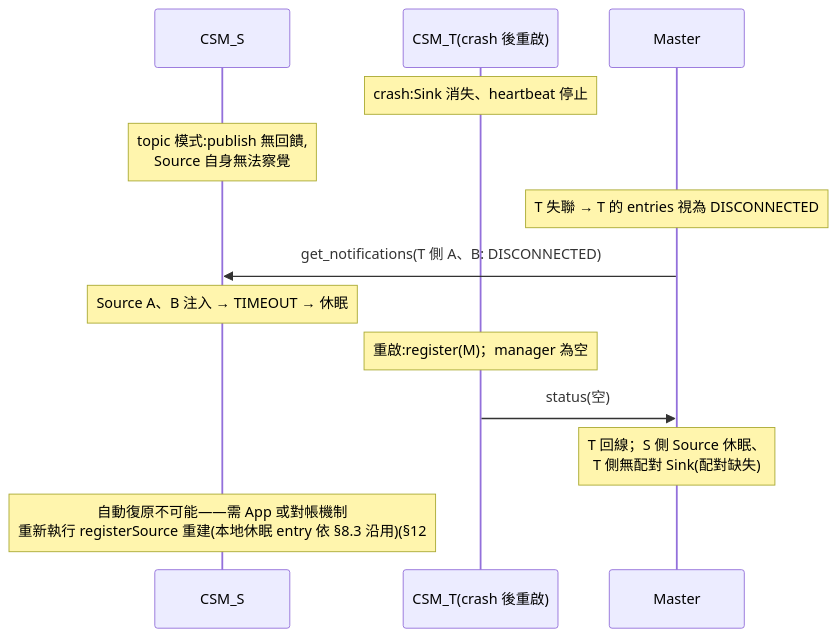
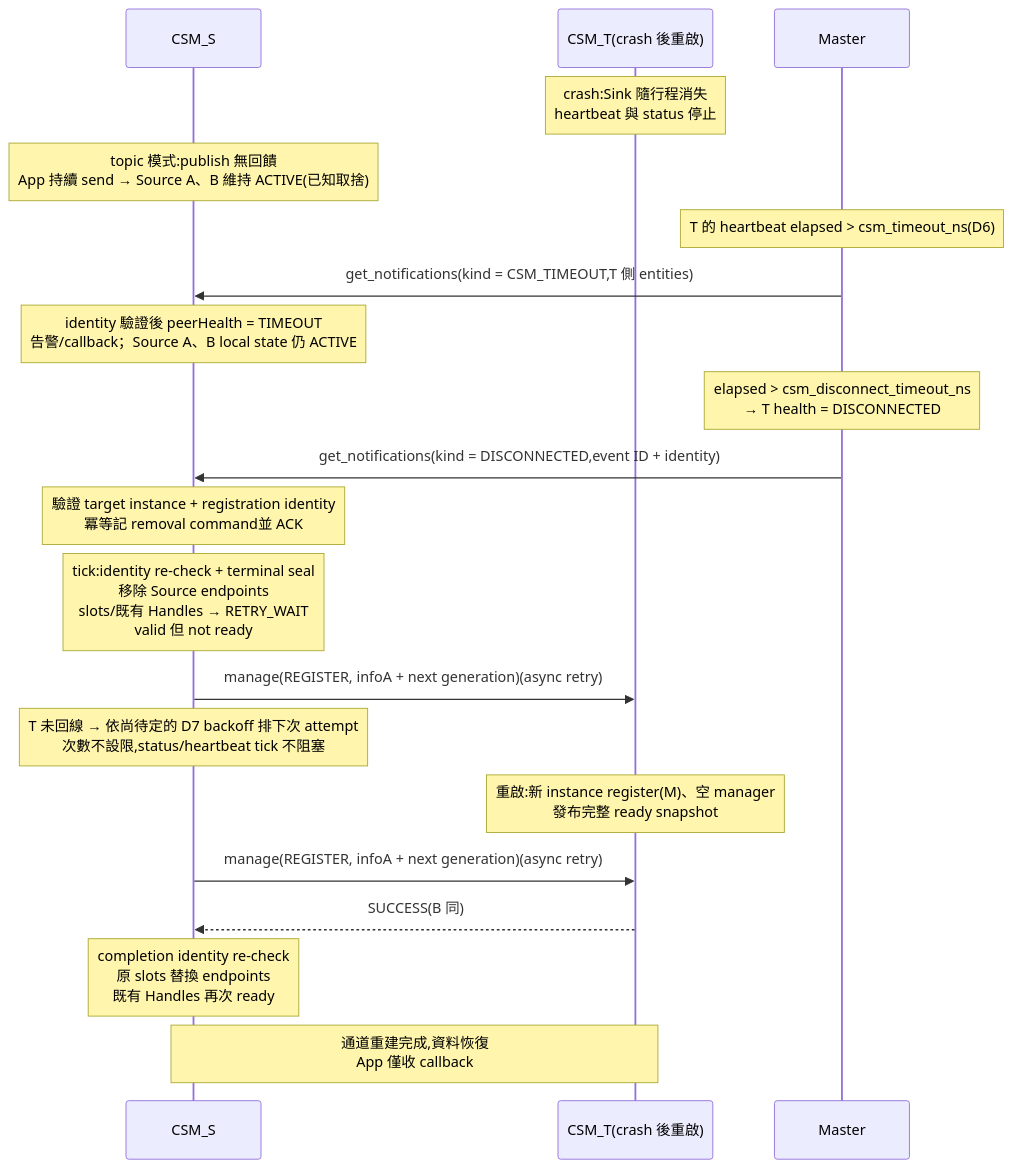
Diagram 11 of 43 in r1_design_draft.md (cocobird231/rv2_project), drawn with Mermaid before and after one commit. The commit also changed other lines of this file and 1 other file, not shown here.

Commit message:
docs: integrate timeout and disconnect design v1.1.0

````diff
--- a/r1_design_draft.md
+++ b/r1_design_draft.md
@@ -1563,17 +2266,25 @@
 ```mermaid
 sequenceDiagram
     participant S as CSM_S
     participant T as CSM_T(crash 後重啟)
     participant M as Master
 
-    Note over T: crash:Sink 消失、heartbeat 停止
-    Note over S: topic 模式:publish 無回饋,<br/>Source 自身無法察覺
-    Note over M: T 失聯 → T 的 entries 視為 DISCONNECTED
-    M->>S: get_notifications(T 側 A、B: DISCONNECTED)
-    Note over S: Source A、B 注入 → TIMEOUT → 休眠
+    Note over T: crash:Sink 隨行程消失<br/>heartbeat 與 status 停止
+    Note over S: topic 模式:publish 無回饋<br/>App 持續 send → Source A、B 維持 ACTIVE(已知取捨)
+    Note over M: T 的 heartbeat elapsed > csm_timeout_ns(D6)
+    M->>S: get_notifications(kind = CSM_TIMEOUT,T 側 entities)
+    Note over S: identity 驗證後 peerHealth = TIMEOUT<br/>告警/callback；Source A、B local state 仍 ACTIVE
 
-    Note over T: 重啟:register(M)；manager 為空
-    T->>M: status(空)
-    Note over M: T 回線；S 側 Source 休眠、<br/>T 側無配對 Sink(配對缺失)
-    Note over S: 自動復原不可能——需 App 或對帳機制<br/>重新執行 registerSource 重建(本地休眠 entry 依 §8.3 沿用)(§12 #3)
+    Note over M: elapsed > csm_disconnect_timeout_ns<br/>→ T health = DISCONNECTED
+    M->>S: get_notifications(kind = DISCONNECTED,event ID + identity)
+    Note over S: 驗證 target instance + registration identity<br/>冪等記 removal command並 ACK
+    Note over S: tick:identity re-check + terminal seal<br/>移除 Source endpoints<br/>slots/既有 Handles → RETRY_WAIT<br/>valid 但 not ready
+
+    S->>T: manage(REGISTER, infoA + next generation)(async retry)
+    Note over S: T 未回線 → 依尚待定的 D7 backoff 排下次 attempt<br/>次數不設限,status/heartbeat tick 不阻塞
+    Note over T: 重啟:新 instance register(M)、空 manager<br/>發布完整 ready snapshot
+    S->>T: manage(REGISTER, infoA + next generation)(async retry)
+    T-->>S: SUCCESS(B 同)
+    Note over S: completion identity re-check<br/>原 slots 替換 endpoints<br/>既有 Handles 再次 ready
+    Note over S,T: 通道重建完成,資料恢復<br/>App 僅收 callback
 ```
````
